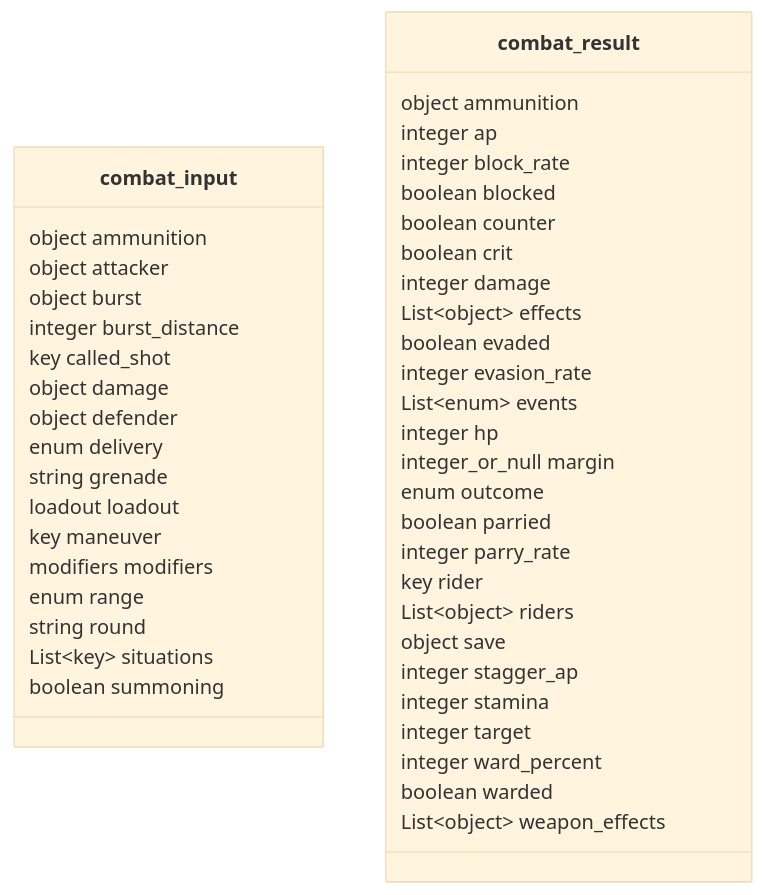
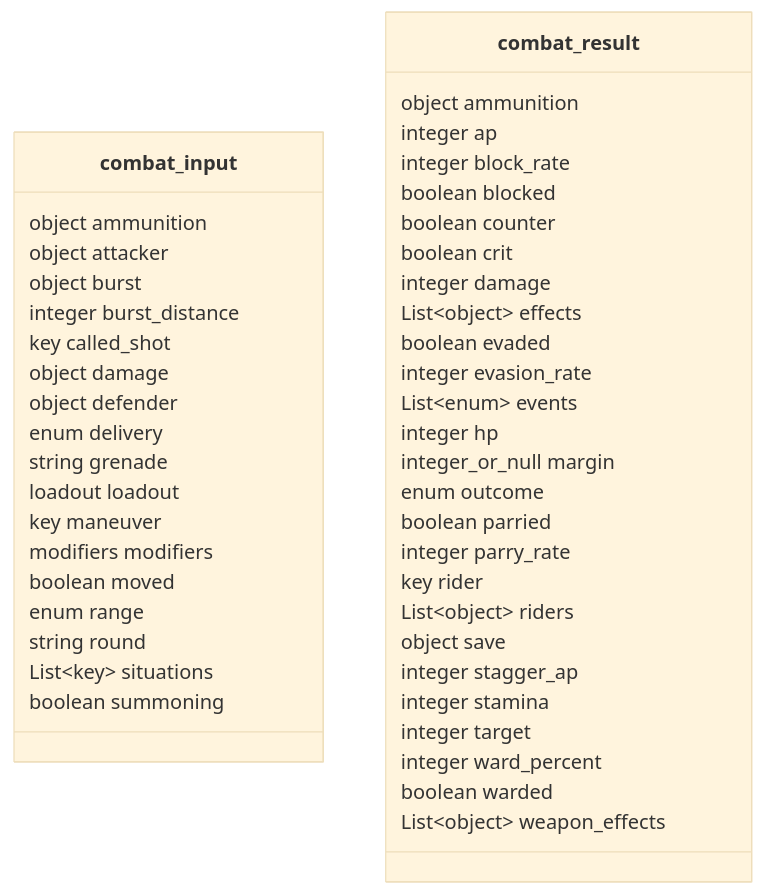
The tenth of 34 diagrams in docs/backend/contract-diagram.md (SETA1609/riftweave-core), drawn with Mermaid (base theme) before and after one commit. The commit also changed other lines of this file and 12 other files, not shown here.

````diff
--- a/docs/backend/contract-diagram.md
+++ b/docs/backend/contract-diagram.md
@@ -374,48 +375,49 @@
 ```mermaid
 classDiagram
     class combat_input {
         object ammunition
         object attacker
         object burst
         integer burst_distance
         key called_shot
         object damage
         object defender
         enum delivery
         string grenade
         loadout loadout
         key maneuver
         modifiers modifiers
+        boolean moved
         enum range
         string round
         List~key~ situations
         boolean summoning
     }
     class combat_result {
         object ammunition
         integer ap
         integer block_rate
         boolean blocked
         boolean counter
         boolean crit
         integer damage
         List~object~ effects
         boolean evaded
         integer evasion_rate
         List~enum~ events
         integer hp
         integer_or_null margin
         enum outcome
         boolean parried
         integer parry_rate
         key rider
         List~object~ riders
         object save
         integer stagger_ap
         integer stamina
         integer target
         integer ward_percent
         boolean warded
         List~object~ weapon_effects
     }
 ```
````
